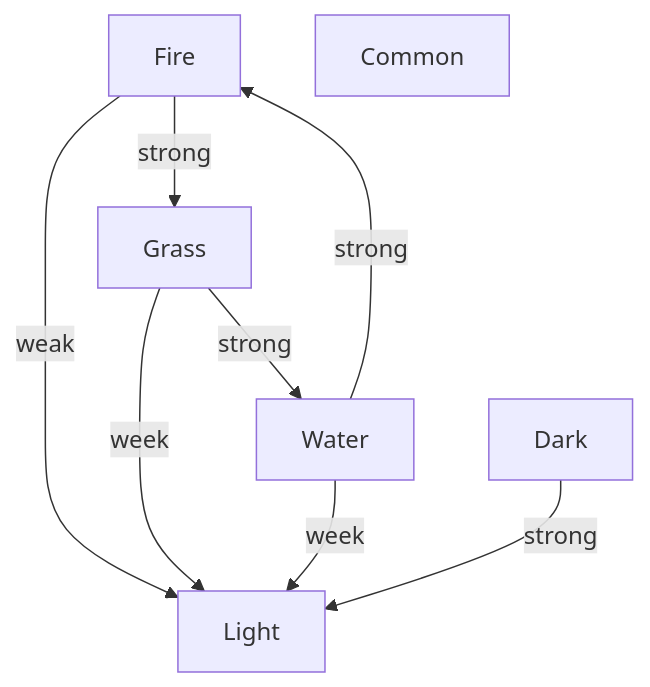
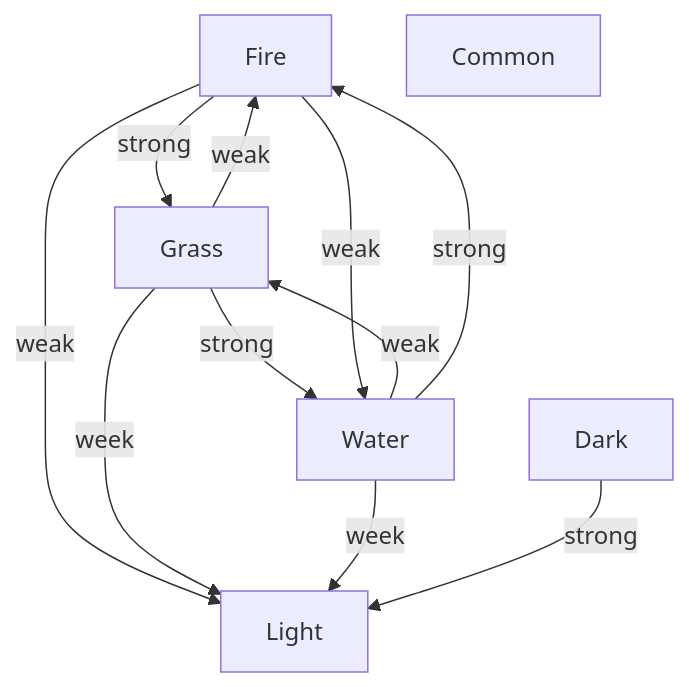
Before and after one commit to kands-code/DraftCodes: the diagram in cta/README.md, drawn with Mermaid. The commit also changed other lines of this file and 15 other files, not shown here.

````diff
--- a/cta/README.md
+++ b/cta/README.md
@@ -29,13 +53,16 @@
 ```mermaid
 flowchart TD
 Fire -->|strong| Grass
+Grass -->|weak| Fire
 Grass -->|strong| Water
+Water -->|weak| Grass
 Water -->|strong| Fire
+Fire -->|weak| Water
 
 Fire -->|weak| Light
 Grass -->|week| Light
 Water -->|week| Light
 Dark -->|strong| Light
 
 Common
 ```
````
